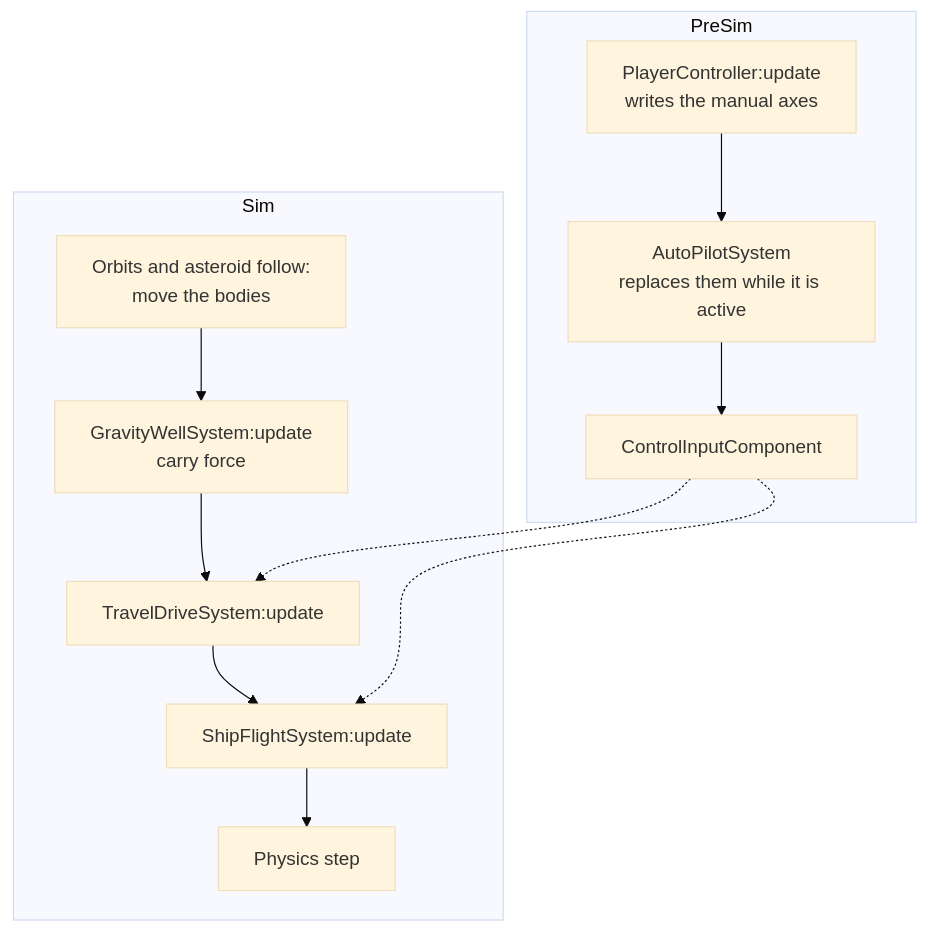
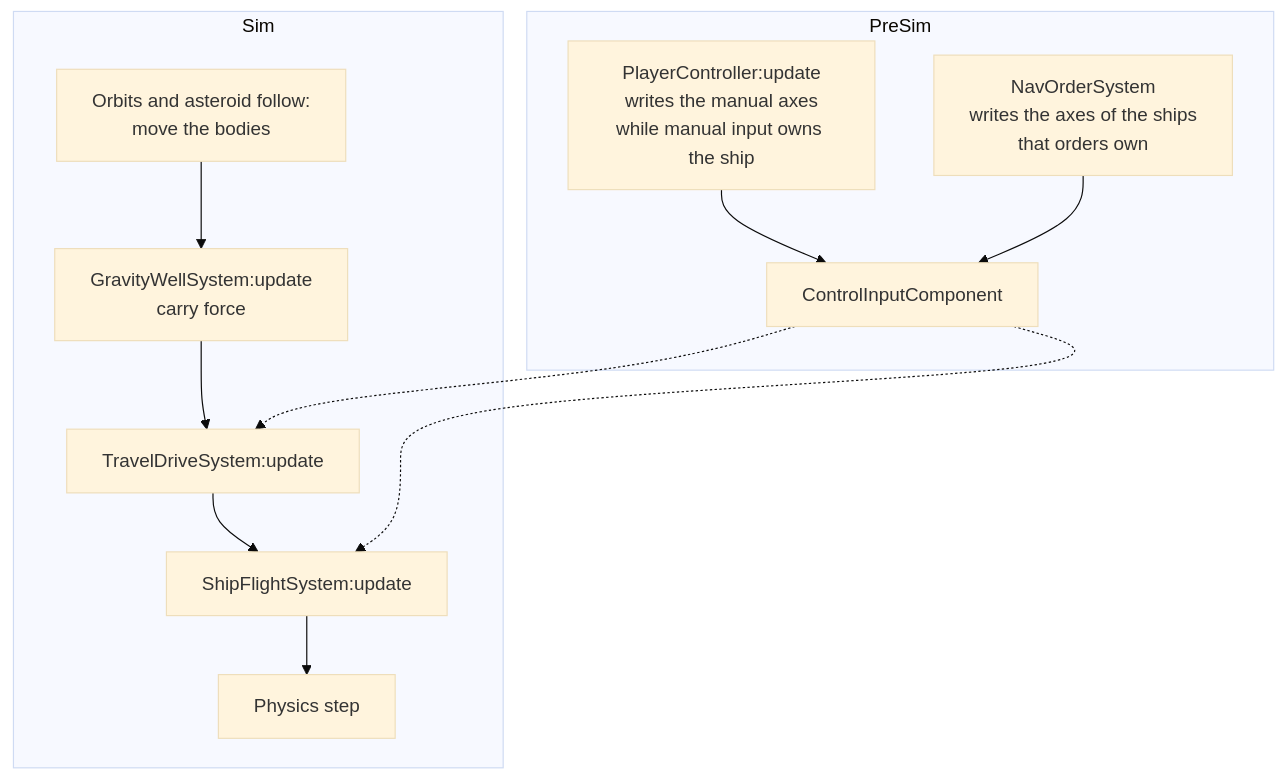
One commit to Limit-Theory-Redux/ltheory changed the second of 3 diagrams in doc/script/flight.md. Above: the diagram before and after it, drawn with Mermaid (base theme). The commit also changed other lines of this file and 12 other files, not shown here.

Commit message:
feat(nav): turn the player's autopilot into a MoveTo order with manual takeover

````diff
--- a/doc/script/flight.md
+++ b/doc/script/flight.md
@@ -65,15 +66,15 @@
 ```mermaid
 flowchart TD
     subgraph PreSim
-        PC["PlayerController:update<br/>writes the manual axes"] --> AP["AutoPilotSystem<br/>replaces them while it is active"]
-        AP --> CI["ControlInputComponent"]
+        PC["PlayerController:update<br/>writes the manual axes<br/>while manual input owns the ship"] --> CI["ControlInputComponent"]
+        NO["NavOrderSystem<br/>writes the axes of the ships<br/>that orders own"] --> CI
     end
     subgraph Sim
         OR["Orbits and asteroid follow:<br/>move the bodies"] --> GW["GravityWellSystem:update<br/>carry force"]
         GW --> TD["TravelDriveSystem:update"]
         TD --> SF["ShipFlightSystem:update"]
         SF --> PH["Physics step"]
     end
     CI -.-> TD
     CI -.-> SF
 ```
````
